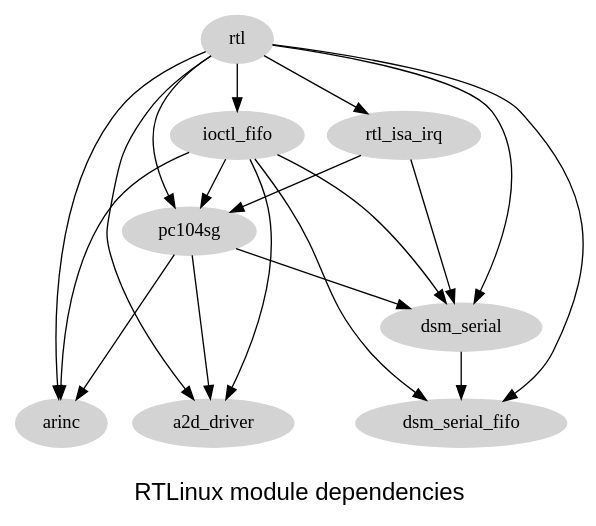
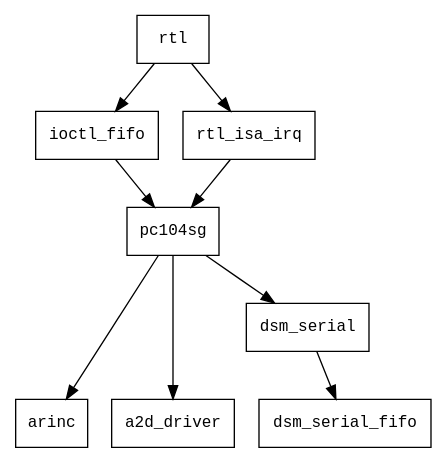
The diagram in adm/dsm/module_deps.dot (NCAR/nidas), drawn with Graphviz before and after one commit.

Commit message:
pruned tree

```diff
--- a/adm/dsm/module_deps.dot
+++ b/adm/dsm/module_deps.dot
@@ -1,35 +1,35 @@
 // to generate an image of this digraph:
 //   dot -Tjpg module_deps.dot > module_deps.jpg
 
 digraph depmod {
-	graph [	fontname = "Helvetica",
-		fontsize = 18,
-		label = "\nRTLinux module dependencies"
-		size = "6,6"];
+//	graph [	fontname = "Helvetica",
+//		fontsize = 18,
+//		label = "\nRTLinux module dependencies"
+//		size = "6,6"];
 
-	node [color=lightgrey, style=filled];
+	node [fontname = "Courier", fontsize = 12, shape=box];
 	{rank=max;  "arinc" "a2d_driver" "dsm_serial_fifo";}
 
 	"dsm_serial" -> "dsm_serial_fifo";
 
 	"pc104sg" -> "dsm_serial";
 	"pc104sg" -> "a2d_driver";
 	"pc104sg" -> "arinc";
 
-	"ioctl_fifo" -> "dsm_serial_fifo";
-	"ioctl_fifo" -> "dsm_serial";
-	"ioctl_fifo" -> "a2d_driver";
-	"ioctl_fifo" -> "arinc";
+//	"ioctl_fifo" -> "dsm_serial_fifo";
+//	"ioctl_fifo" -> "dsm_serial";
+//	"ioctl_fifo" -> "a2d_driver";
+//	"ioctl_fifo" -> "arinc";
 	"ioctl_fifo" -> "pc104sg";
 
-	"rtl_isa_irq" -> "dsm_serial";
+//	"rtl_isa_irq" -> "dsm_serial";
 	"rtl_isa_irq" -> "pc104sg";
 
-	"rtl" -> "dsm_serial_fifo";
-	"rtl" -> "dsm_serial";
-	"rtl" -> "a2d_driver";
-	"rtl" -> "arinc";
-	"rtl" -> "pc104sg";
+//	"rtl" -> "dsm_serial_fifo";
+//	"rtl" -> "dsm_serial";
+//	"rtl" -> "a2d_driver";
+//	"rtl" -> "arinc";
+//	"rtl" -> "pc104sg";
 	"rtl" -> "ioctl_fifo";
 	"rtl" -> "rtl_isa_irq";
 }
```
